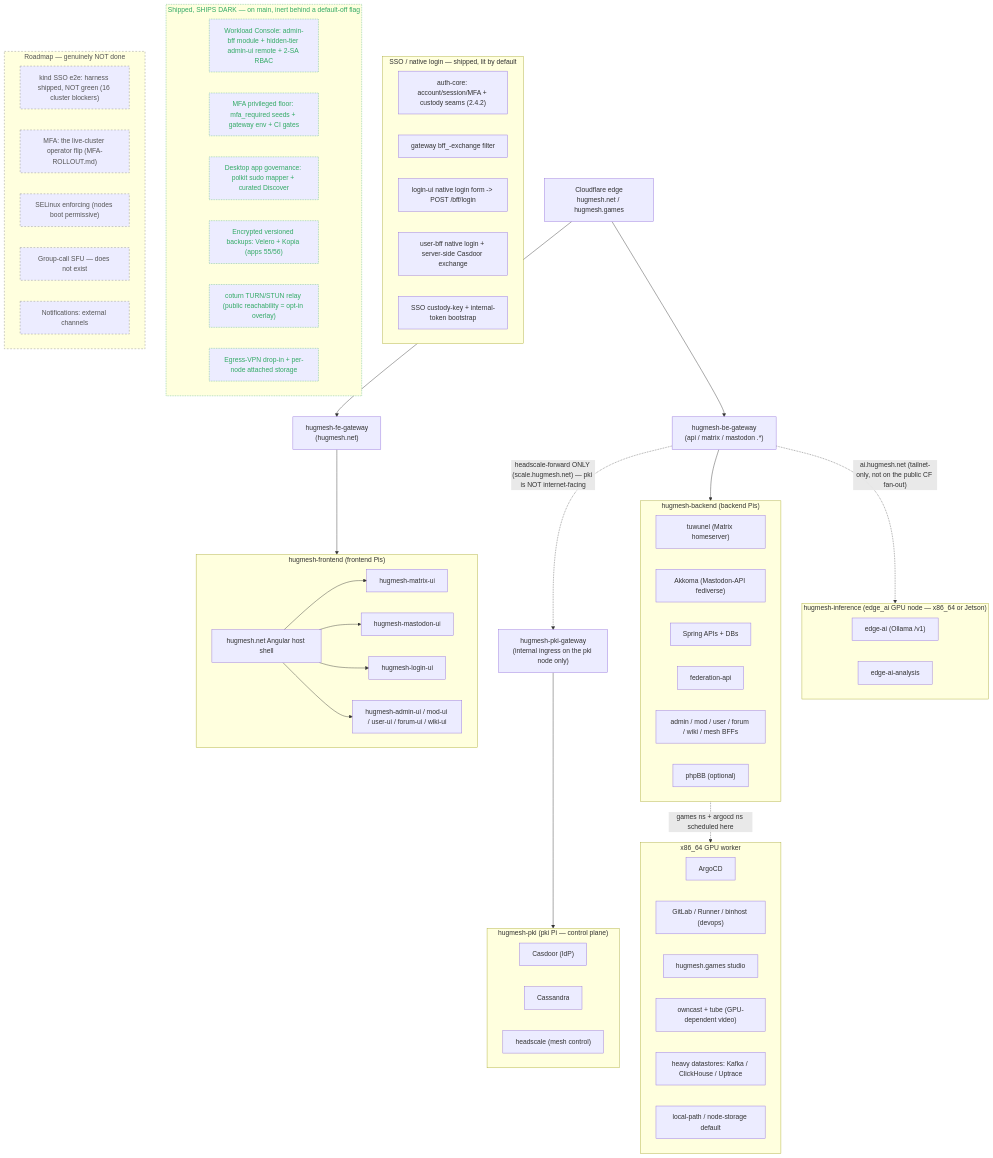
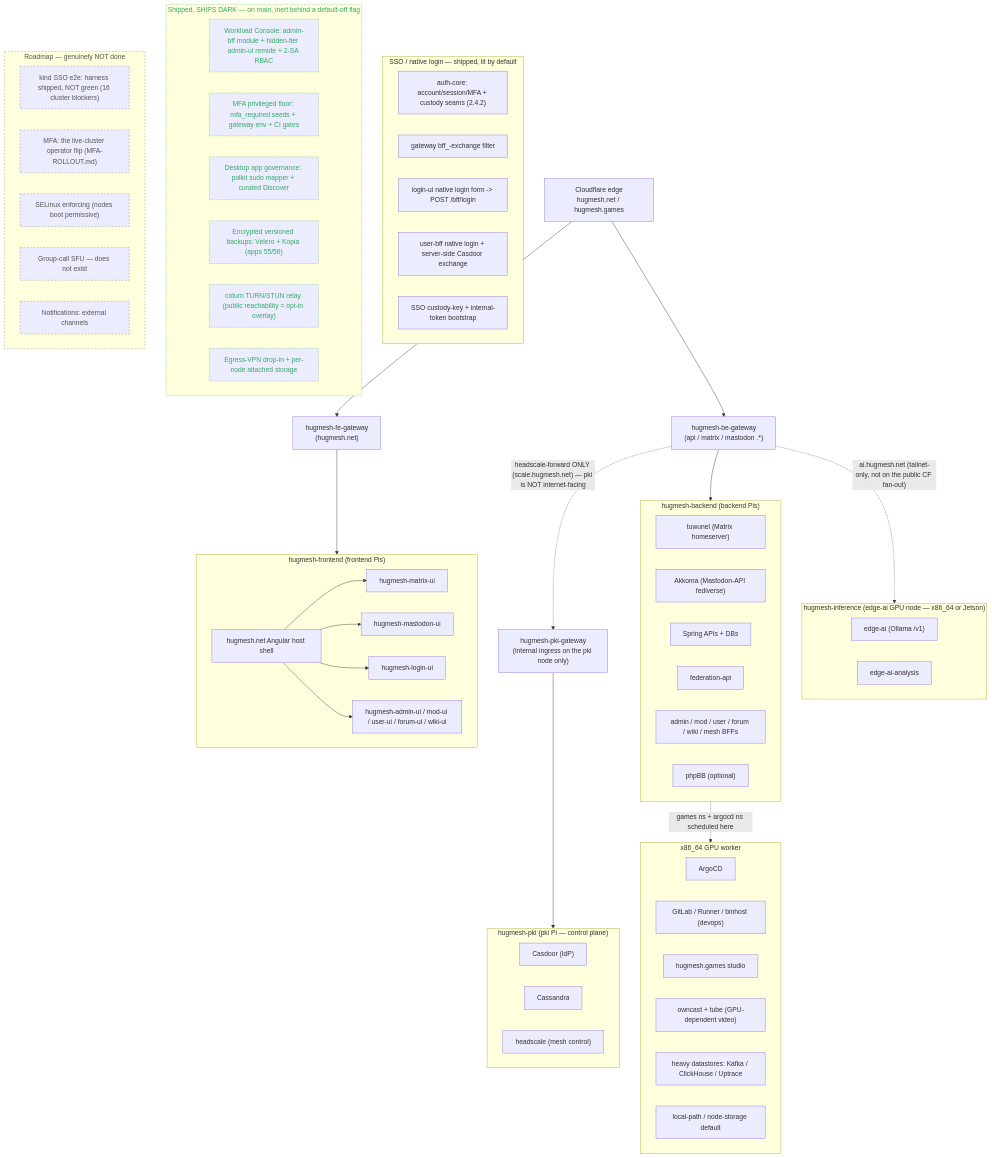
One commit to hugmesh/hugmesh.github.io changed the first of 2 diagrams in content/architecture/cluster-architecture.md. Above: the diagram before and after it, drawn with Mermaid. The commit also changed other lines of this file and 53 other files, not shown here.

````diff
--- a/content/architecture/cluster-architecture.md
+++ b/content/architecture/cluster-architecture.md
@@ -33,80 +33,80 @@
 ```mermaid
 flowchart TD
     CF["Cloudflare edge<br/>hugmesh.net / hugmesh.games"]
     CF --> FEGW["hugmesh-fe-gateway<br/>(hugmesh.net)"]
     CF --> BEGW["hugmesh-be-gateway<br/>(api / matrix / mastodon .*)"]
 
     subgraph FE["hugmesh-frontend (frontend Pis)"]
         HOST["hugmesh.net Angular host shell"]
         HOST --> MUI["hugmesh-matrix-ui"]
         HOST --> MASTUI["hugmesh-mastodon-ui"]
         HOST --> LOGINUI["hugmesh-login-ui"]
         HOST --> ADMINUI["hugmesh-admin-ui / mod-ui / user-ui / forum-ui / wiki-ui"]
     end
 
     subgraph BE["hugmesh-backend (backend Pis)"]
         TUW["tuwunel (Matrix homeserver)"]
         AKK["Akkoma (Mastodon-API fediverse)"]
         APIS["Spring APIs + DBs"]
         FEDAPI["federation-api"]
         BFFS["admin / mod / user / forum / wiki / mesh BFFs"]
         PHPBB["phpBB (optional)"]
     end
 
     subgraph PKI["hugmesh-pki (pki Pi — control plane)"]
         CAS["Casdoor (IdP)"]
         CASS["Cassandra"]
         HS["headscale (mesh control)"]
     end
 
-    subgraph INFER["hugmesh-inference (edge_ai GPU node — x86_64 or Jetson)"]
+    subgraph INFER["hugmesh-inference (edge-ai GPU node — x86_64 or Jetson)"]
         EDGEAI["edge-ai (Ollama /v1)"]
         EDGEAIAN["edge-ai-analysis"]
     end
 
     subgraph X86["x86_64 GPU worker"]
         ARGO["ArgoCD"]
         DEVOPS["GitLab / Runner / binhost (devops)"]
         GAMES["hugmesh.games studio"]
         VIDEO["owncast + tube (GPU-dependent video)"]
         HEAVY["heavy datastores: Kafka / ClickHouse / Uptrace"]
         STORE["local-path / node-storage default"]
     end
 
     FEGW --> FE
     BEGW --> BE
     BE -. "games ns + argocd ns scheduled here" .-> X86
     BEGW -. "ai.hugmesh.net (tailnet-only, not on the public CF fan-out)" .-> INFER
     BEGW -. "headscale-forward ONLY (scale.hugmesh.net) — pki is NOT internet-facing" .-> PKIGW["hugmesh-pki-gateway<br/>(internal ingress on the pki node only)"]
     PKIGW --> PKI
 
     subgraph SSO["SSO / native login — shipped, lit by default"]
         AUTHCORE["auth-core: account/session/MFA + custody seams (2.4.2)"]
         GWEXCH["gateway bff_-exchange filter"]
         LOGINOIDC["login-ui native login form -> POST /bff/login"]
         UBRELOC["user-bff native login + server-side Casdoor exchange"]
         CUSTKEY["SSO custody-key + internal-token bootstrap"]
     end
 
     subgraph DARK["Shipped, SHIPS DARK — on main, inert behind a default-off flag"]
         WC["Workload Console: admin-bff module + hidden-tier admin-ui remote + 2-SA RBAC"]
         MFAFLOOR["MFA privileged floor: mfa_required seeds + gateway env + CI gates"]
         DESKGOV["Desktop app governance: polkit sudo mapper + curated Discover"]
         BACKUPS["Encrypted versioned backups: Velero + Kopia (apps 55/56)"]
         TURN["coturn TURN/STUN relay (public reachability = opt-in overlay)"]
         EGRESS["Egress-VPN drop-in + per-node attached storage"]
     end
 
     subgraph ROADMAP["Roadmap — genuinely NOT done"]
         KINDE2E["kind SSO e2e: harness shipped, NOT green (16 cluster blockers)"]
         MFAFLIP["MFA: the live-cluster operator flip (MFA-ROLLOUT.md)"]
         ENFORCE["SELinux enforcing (nodes boot permissive)"]
         SFU["Group-call SFU — does not exist"]
         NOTIFY["Notifications: external channels"]
     end
 
     classDef dark stroke-dasharray:2,stroke:#4a7,color:#3a6;
     classDef planned stroke-dasharray:4,stroke:#888,color:#555;
     class DARK,WC,MFAFLOOR,DESKGOV,BACKUPS,TURN,EGRESS dark;
     class ROADMAP,KINDE2E,MFAFLIP,ENFORCE,SFU,NOTIFY planned;
 ```
````
